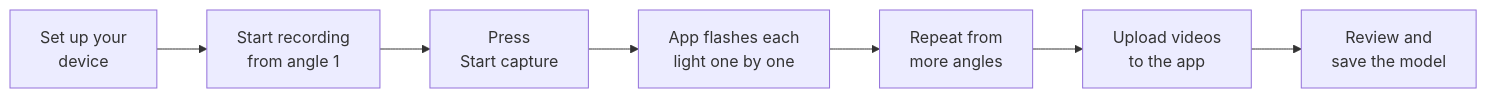
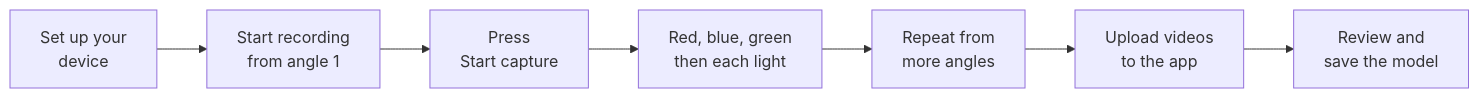
Before and after one commit to mudged/dlm: the first of 2 diagrams in docs/userguide/build-model-from-video.md, drawn with Mermaid. The commit also changed other lines of this file and 23 other files, not shown here.

````diff
--- a/docs/userguide/build-model-from-video.md
+++ b/docs/userguide/build-model-from-video.md
@@ -10,9 +10,9 @@
 ```mermaid
 flowchart LR
     A[Set up your<br/>device] --> B[Start recording<br/>from angle 1]
     B --> C[Press<br/>Start capture]
-    C --> D[App flashes each<br/>light one by one]
+    C --> D[Red, blue, green<br/>then each light]
     D --> E[Repeat from<br/>more angles]
     E --> F[Upload videos<br/>to the app]
     F --> G[Review and<br/>save the model]
 ```
````
